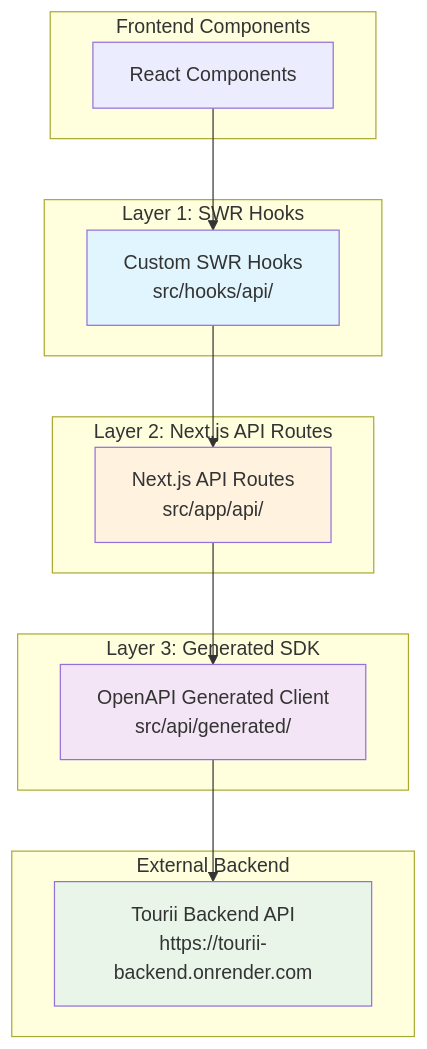
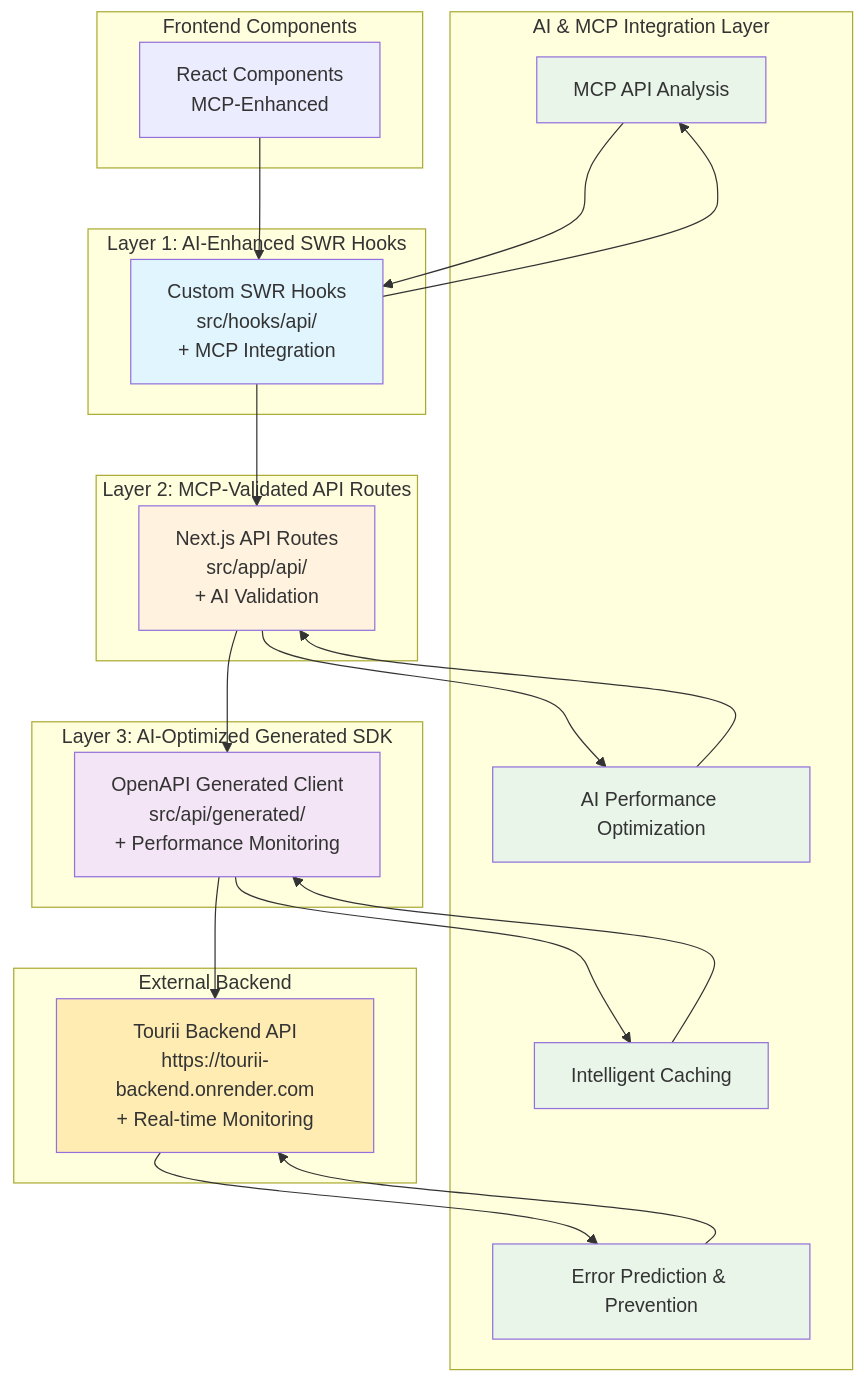
One commit to sx-tane/tourii changed the first of 3 diagrams in docs/API_INTEGRATION.md. Above: the diagram before and after it, drawn with Mermaid. The commit also changed other lines of this file and 33 other files, not shown here.

First line of the commit message:
feat: enhance documentation and API integration with MCP and AI features

````diff
--- a/docs/API_INTEGRATION.md
+++ b/docs/API_INTEGRATION.md
@@ -11,37 +13,59 @@
 ```mermaid
 graph TB
-    subgraph "Frontend Components"
-        COMP[React Components]
+    subgraph "AI & MCP Integration Layer"
+        MCP_ANALYSIS[MCP API Analysis]
+        AI_OPTIMIZATION[AI Performance Optimization]
+        INTELLIGENT_CACHE[Intelligent Caching]
+        ERROR_PREDICTION[Error Prediction & Prevention]
     end
     
-    subgraph "Layer 1: SWR Hooks"
-        HOOKS[Custom SWR Hooks<br/>src/hooks/api/]
+    subgraph "Frontend Components"
+        COMP[React Components<br/>MCP-Enhanced]
     end
     
-    subgraph "Layer 2: Next.js API Routes"
-        API_ROUTES[Next.js API Routes<br/>src/app/api/]
+    subgraph "Layer 1: AI-Enhanced SWR Hooks"
+        HOOKS[Custom SWR Hooks<br/>src/hooks/api/<br/>+ MCP Integration]
     end
     
-    subgraph "Layer 3: Generated SDK"
-        SDK[OpenAPI Generated Client<br/>src/api/generated/]
+    subgraph "Layer 2: MCP-Validated API Routes"
+        API_ROUTES[Next.js API Routes<br/>src/app/api/<br/>+ AI Validation]
+    end
+    
+    subgraph "Layer 3: AI-Optimized Generated SDK"
+        SDK[OpenAPI Generated Client<br/>src/api/generated/<br/>+ Performance Monitoring]
     end
     
     subgraph "External Backend"
-        BACKEND[Tourii Backend API<br/>https://tourii-backend.onrender.com]
+        BACKEND[Tourii Backend API<br/>https://tourii-backend.onrender.com<br/>+ Real-time Monitoring]
     end
     
+    %% MCP Integration Flow
+    MCP_ANALYSIS --> HOOKS
+    AI_OPTIMIZATION --> API_ROUTES
+    INTELLIGENT_CACHE --> SDK
+    ERROR_PREDICTION --> BACKEND
+    
+    %% Main Data Flow
     COMP --> HOOKS
     HOOKS --> API_ROUTES
     API_ROUTES --> SDK
     SDK --> BACKEND
     
+    %% Feedback Loop
+    BACKEND --> ERROR_PREDICTION
+    SDK --> INTELLIGENT_CACHE
+    API_ROUTES --> AI_OPTIMIZATION
+    HOOKS --> MCP_ANALYSIS
+    
+    classDef aiLayer fill:#e8f5e8
     classDef layerOne fill:#e1f5fe
     classDef layerTwo fill:#fff3e0
     classDef layerThree fill:#f3e5f5
-    classDef external fill:#e8f5e8
+    classDef external fill:#ffecb3
     
+    class MCP_ANALYSIS,AI_OPTIMIZATION,INTELLIGENT_CACHE,ERROR_PREDICTION aiLayer
     class HOOKS layerOne
     class API_ROUTES layerTwo
     class SDK layerThree
     class BACKEND external
 ```
````
